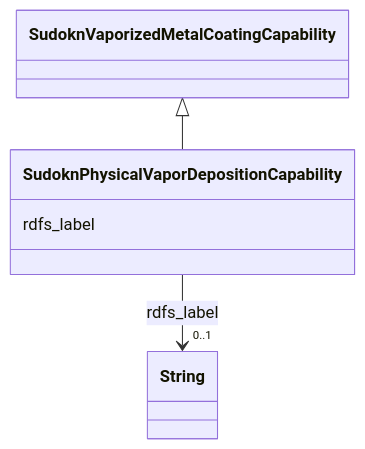
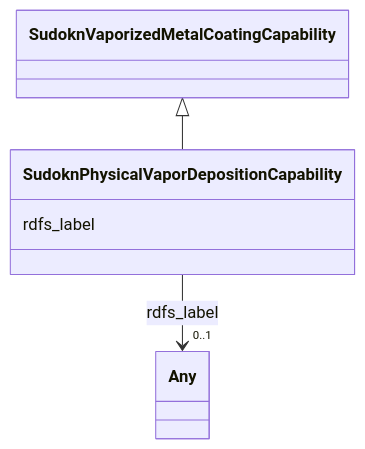
One commit to frink-okn/graph-descriptions changed the diagram in sudokn-kg/classes/SudoknPhysicalVaporDepositionCapability.md. Above: the diagram before and after it, drawn with Mermaid. The commit also changed other lines of this file and 903 other files, not shown here.

````diff
--- a/sudokn-kg/classes/SudoknPhysicalVaporDepositionCapability.md
+++ b/sudokn-kg/classes/SudoknPhysicalVaporDepositionCapability.md
@@ -23,18 +18,18 @@
 ```mermaid
  classDiagram
     class SudoknPhysicalVaporDepositionCapability
     click SudoknPhysicalVaporDepositionCapability href "../SudoknPhysicalVaporDepositionCapability"
       SudoknVaporizedMetalCoatingCapability <|-- SudoknPhysicalVaporDepositionCapability
         click SudoknVaporizedMetalCoatingCapability href "../SudoknVaporizedMetalCoatingCapability"
       
       SudoknPhysicalVaporDepositionCapability : rdfs_label
         
           
     
     
-    SudoknPhysicalVaporDepositionCapability --> "0..1" String : rdfs_label
-    click String href "../String"
+    SudoknPhysicalVaporDepositionCapability --> "0..1" Any : rdfs_label
+    click Any href "../Any"
 
         
       
 ```
````
